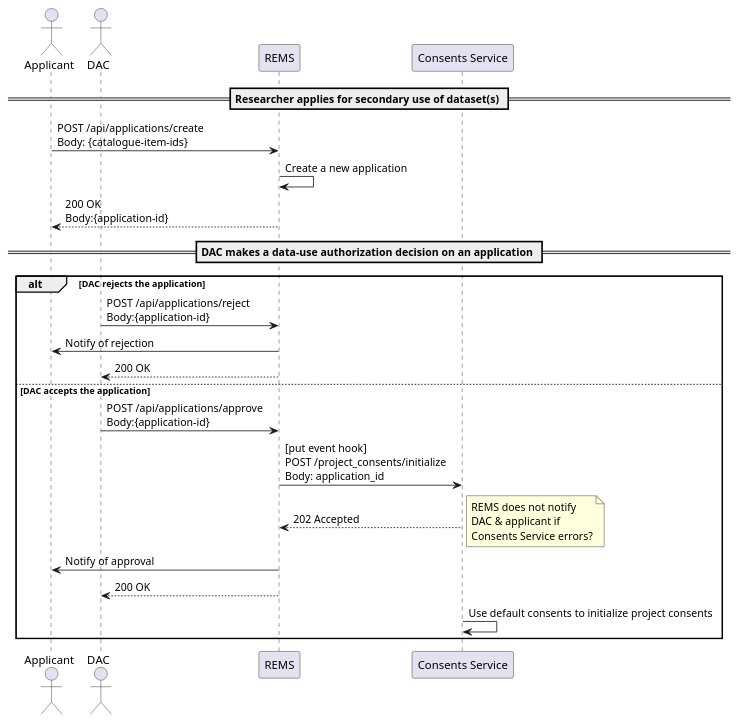
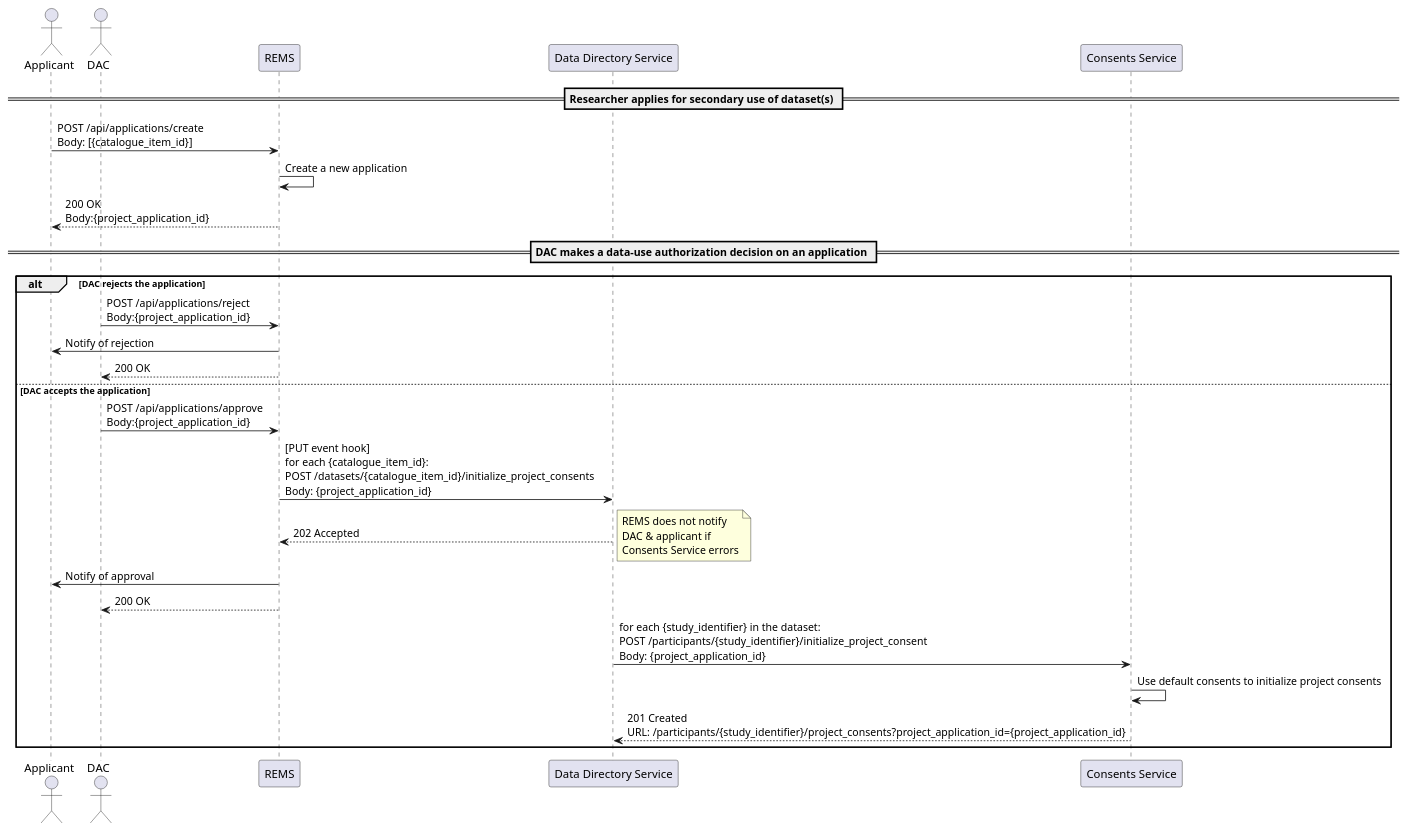
The diagram in demo1/diagrams/apply_to_REMS.md (dycons/design), drawn with PlantUML before and after one commit. The commit also changed other lines of this file and 3 other files, not shown here.

Commit message:
Update seq diagrams with latest Consents API endpoints

```diff
--- a/demo1/diagrams/apply_to_REMS.md
+++ b/demo1/diagrams/apply_to_REMS.md
@@ -3,32 +4,36 @@
 @startuml
 actor "Applicant" as a
 actor "DAC" as dac
 participant "REMS" as rems
+participant "Data Directory Service" as dds
 participant "Consents Service" as cs
 
 == Researcher applies for secondary use of dataset(s) ==
 
-a -> rems: POST /api/applications/create \nBody: {catalogue-item-ids}
+a -> rems: POST /api/applications/create \nBody: [{catalogue_item_id}]
 rems -> rems: Create a new application
-rems --> a: 200 OK \nBody:{application-id}
+rems --> a: 200 OK \nBody:{project_application_id}
 
 == DAC makes a data-use authorization decision on an application ==
 
 alt DAC rejects the application
-  dac -> rems: POST /api/applications/reject \nBody:{application-id}
+  dac -> rems: POST /api/applications/reject \nBody:{project_application_id}
   rems -> a: Notify of rejection
   rems --> dac: 200 OK
 else DAC accepts the application
-  dac -> rems: POST /api/applications/approve \nBody:{application-id}
-  rems -> cs: [put event hook] \nPOST /project_consents/initialize \nBody: application_id
-  cs --> rems: 202 Accepted
+  dac -> rems: POST /api/applications/approve \nBody:{project_application_id}
+  rems -> dds: [PUT event hook] \nfor each {catalogue_item_id}: \nPOST /datasets/{catalogue_item_id}/initialize_project_consents  \nBody: {project_application_id}
+  dds --> rems: 202 Accepted
   note right
     REMS does not notify
     DAC & applicant if
-    Consents Service errors?
+    Consents Service errors
   end note
   rems -> a: Notify of approval
   rems --> dac: 200 OK
+
+  dds -> cs: for each {study_identifier} in the dataset: \nPOST /participants/{study_identifier}/initialize_project_consent \nBody: {project_application_id}
   cs -> cs: Use default consents to initialize project consents
+  cs --> dds: 201 Created \nURL: /participants/{study_identifier}/project_consents?project_application_id={project_application_id}
 end
 @enduml
```
